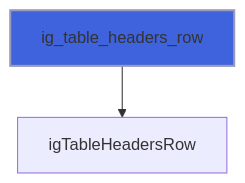
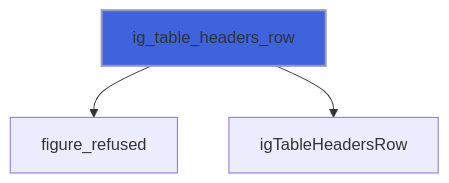
Before and after one commit to szaghi/figure: diagram 11 of 26 in docs/api/src/lib/figure_group.md, drawn with Mermaid. The commit also changed other lines of this file and 10 other files, not shown here.

````diff
--- a/docs/api/src/lib/figure_group.md
+++ b/docs/api/src/lib/figure_group.md
@@ -287,5 +312,6 @@
 ```mermaid
 flowchart TD
+  ig_table_headers_row["ig_table_headers_row"] --> figure_refused["figure_refused"]
   ig_table_headers_row["ig_table_headers_row"] --> igTableHeadersRow["igTableHeadersRow"]
   style ig_table_headers_row fill:#3e63dd,stroke:#99b,stroke-width:2px
 ```
````
